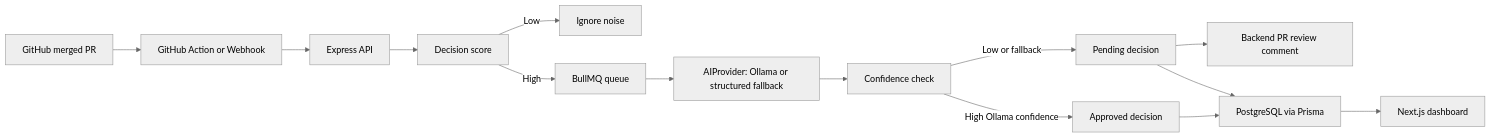
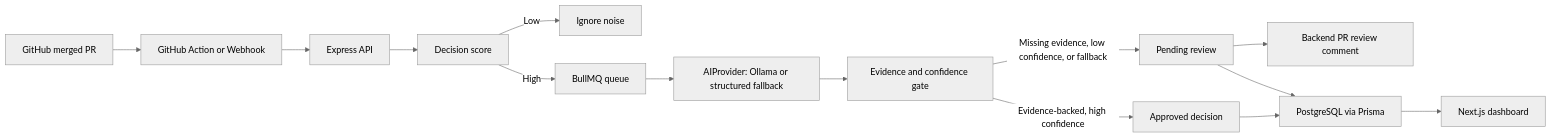
One commit to Tausif4171/DecisionCapture changed the diagram in README.md. Above: the diagram before and after it, drawn with Mermaid (neutral theme). The commit also changed other lines of this file and 9 other files, not shown here.

````diff
--- a/README.md
+++ b/README.md
@@ -23,16 +23,16 @@
 ```mermaid
 flowchart LR
   GitHub["GitHub merged PR"] --> Action["GitHub Action or Webhook"]
   Action --> API["Express API"]
   API --> Score["Decision score"]
   Score -->|Low| Ignore["Ignore noise"]
   Score -->|High| Queue["BullMQ queue"]
   Queue --> AI["AIProvider: Ollama or structured fallback"]
-  AI --> Confidence["Confidence check"]
-  Confidence -->|High Ollama confidence| Approved["Approved decision"]
-  Confidence -->|Low or fallback| Pending["Pending decision"]
+  AI --> Gate["Evidence and confidence gate"]
+  Gate -->|Evidence-backed, high confidence| Approved["Approved decision"]
+  Gate -->|Missing evidence, low confidence, or fallback| Pending["Pending review"]
   Pending --> Comment["Backend PR review comment"]
   Approved --> DB["PostgreSQL via Prisma"]
   Pending --> DB
   DB --> UI["Next.js dashboard"]
 ```
````
